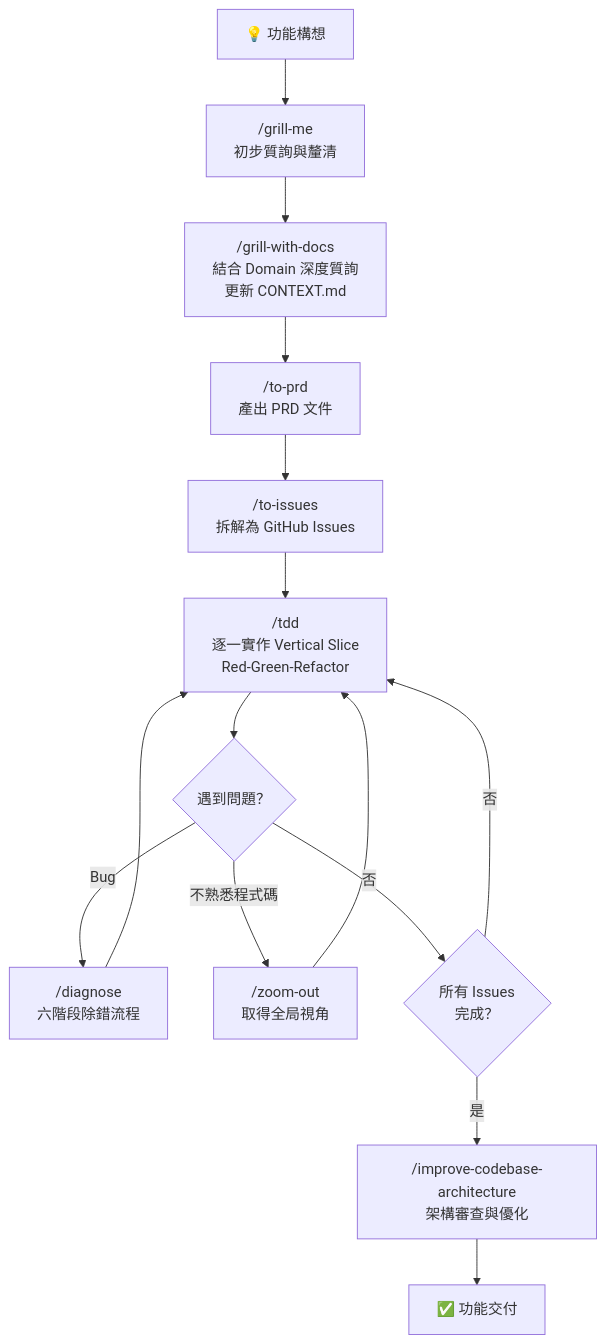
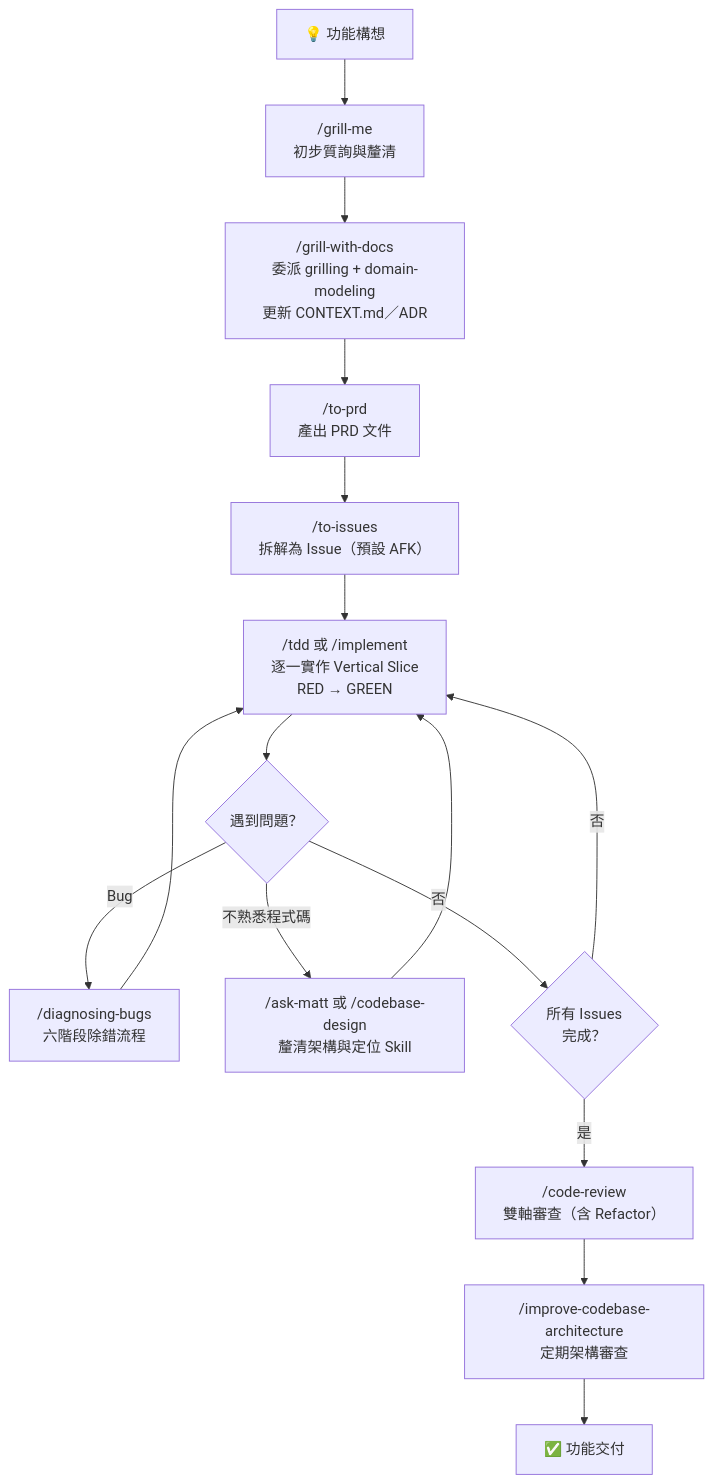
Diagram 13 of 15 in content/posts/教學/AI開發/mattpocock skills 教學手冊.md (chihhung/Blog), drawn with Mermaid before and after one commit. The commit also changed other lines of this file and 3 other files, not shown here.

````diff
--- a/content/posts/教學/AI開發/mattpocock skills 教學手冊.md
+++ b/content/posts/教學/AI開發/mattpocock skills 教學手冊.md
@@ -2149,17 +2190,18 @@
 ```mermaid
 flowchart TD
     A["💡 功能構想"] --> B["/grill-me<br/>初步質詢與釐清"]
-    B --> C["/grill-with-docs<br/>結合 Domain 深度質詢<br/>更新 CONTEXT.md"]
+    B --> C["/grill-with-docs<br/>委派 grilling + domain-modeling<br/>更新 CONTEXT.md／ADR"]
     C --> D["/to-prd<br/>產出 PRD 文件"]
-    D --> E["/to-issues<br/>拆解為 GitHub Issues"]
-    E --> F["/tdd<br/>逐一實作 Vertical Slice<br/>Red-Green-Refactor"]
+    D --> E["/to-issues<br/>拆解為 Issue（預設 AFK）"]
+    E --> F["/tdd 或 /implement<br/>逐一實作 Vertical Slice<br/>RED → GREEN"]
     F --> G{"遇到問題？"}
-    G -->|"Bug"| H["/diagnose<br/>六階段除錯流程"]
-    G -->|"不熟悉程式碼"| I["/zoom-out<br/>取得全局視角"]
+    G -->|"Bug"| H["/diagnosing-bugs<br/>六階段除錯流程"]
+    G -->|"不熟悉程式碼"| I["/ask-matt 或 /codebase-design<br/>釐清架構與定位 Skill"]
     G -->|"否"| J{"所有 Issues<br/>完成？"}
     H --> F
     I --> F
     J -->|"否"| F
-    J -->|"是"| K["/improve-codebase-architecture<br/>架構審查與優化"]
-    K --> L["✅ 功能交付"]
+    J -->|"是"| K["/code-review<br/>雙軸審查（含 Refactor）"]
+    K --> L["/improve-codebase-architecture<br/>定期架構審查"]
+    L --> M["✅ 功能交付"]
 ```
````
